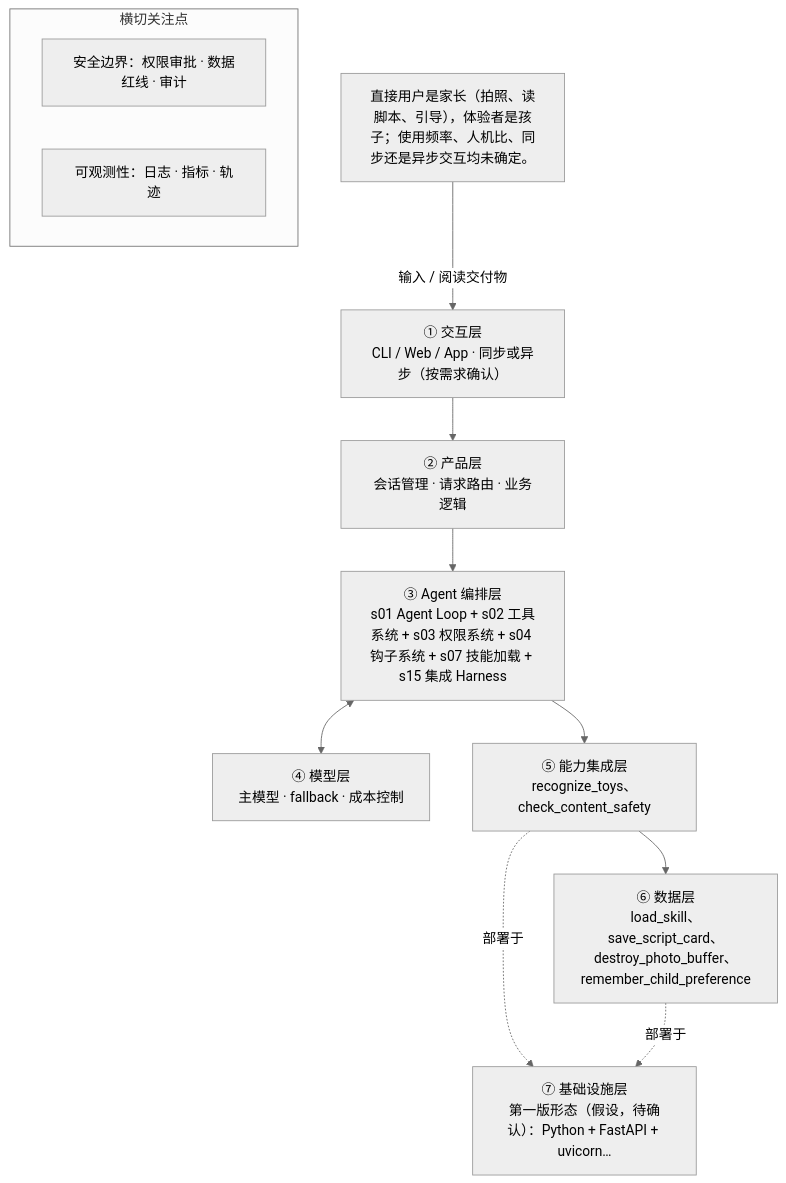
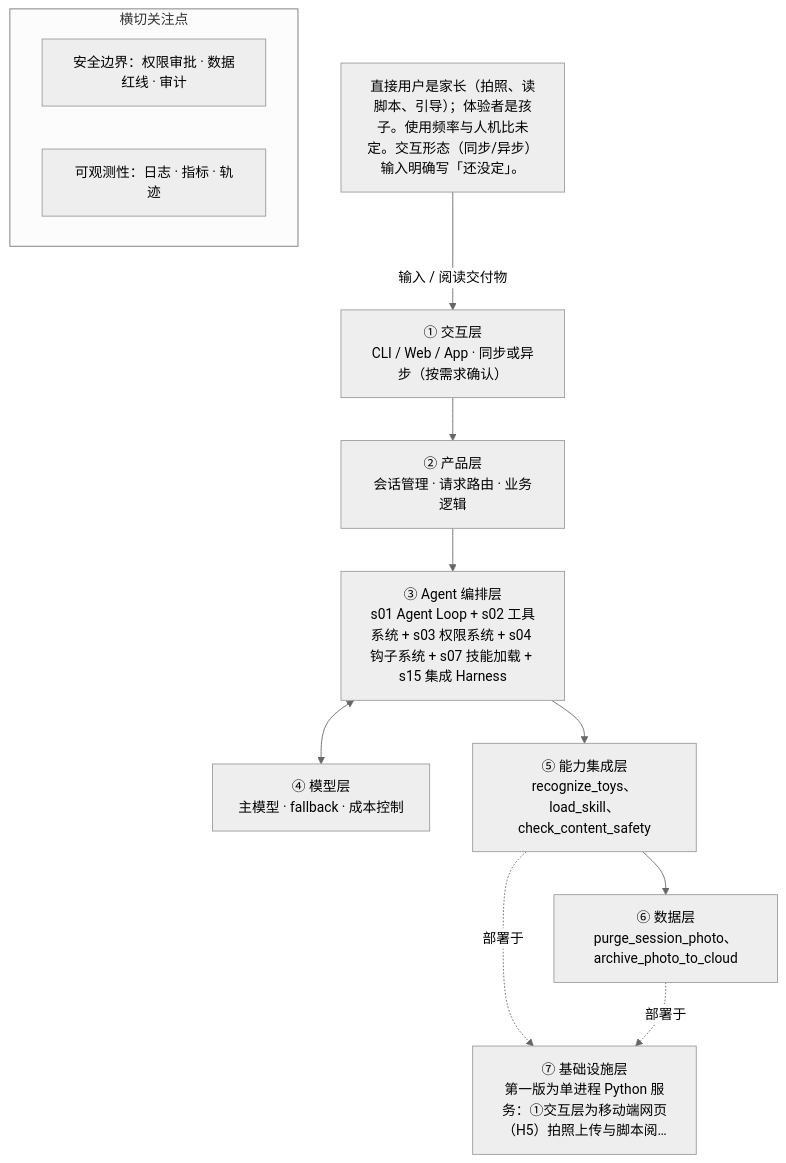
The diagram in docs/examples/方案示例-玩具剧场-真实运行.md (hubooooooo/agent-blueprint), drawn with Mermaid (neutral theme) before and after one commit. The commit also changed other lines of this file and 4 other files, not shown here.

````diff
--- a/docs/examples/方案示例-玩具剧场-真实运行.md
+++ b/docs/examples/方案示例-玩具剧场-真实运行.md
@@ -106,22 +104,22 @@
 ```mermaid
 flowchart TD
-    U["直接用户是家长（拍照、读脚本、引导），体验者是孩子；使用频率、人机比、同步还是异步交互均未确定。"] -->|输入 / 阅读交付物| L1
+    U["直接用户是家长（拍照、读脚本、引导）；体验者是孩子。使用频率与人机比未定。交互形态（同步/异步）输入明确写「还没定」。"] -->|输入 / 阅读交付物| L1
     L1["① 交互层<br/>CLI / Web / App · 同步或异步（按需求确认）"]
     L2["② 产品层<br/>会话管理 · 请求路由 · 业务逻辑"]
     L3["③ Agent 编排层<br/>s01 Agent Loop + s02 工具系统 + s03 权限系统 + s04 钩子系统 + s07 技能加载 + s15 集成 Harness"]
     L4["④ 模型层<br/>主模型 · fallback · 成本控制"]
-    L5["⑤ 能力集成层<br/>recognize_toys、check_content_safety"]
-    L6["⑥ 数据层<br/>load_skill、save_script_card、destroy_photo_buffer、remember_child_preference"]
-    L7["⑦ 基础设施层<br/>第一版形态（假设，待确认）：Python + FastAPI + uvicorn…"]
+    L5["⑤ 能力集成层<br/>recognize_toys、load_skill、check_content_safety"]
+    L6["⑥ 数据层<br/>purge_session_photo、archive_photo_to_cloud"]
+    L7["⑦ 基础设施层<br/>第一版为单进程 Python 服务：①交互层为移动端网页（H5）拍照上传与脚本阅…"]
     L1 --> L2
     L2 --> L3
     L3 <--> L4
     L3 --> L5
     L5 --> L6
     L5 -.->|部署于| L7
     L6 -.->|部署于| L7
     subgraph 横切关注点
         SEC["安全边界：权限审批 · 数据红线 · 审计"]
         OBS["可观测性：日志 · 指标 · 轨迹"]
     end
 ```
````
